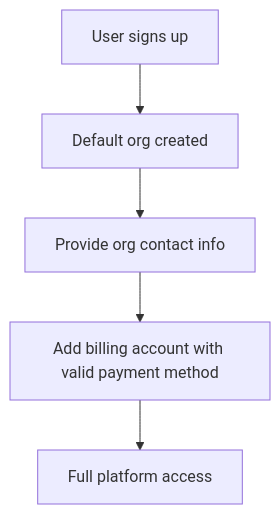
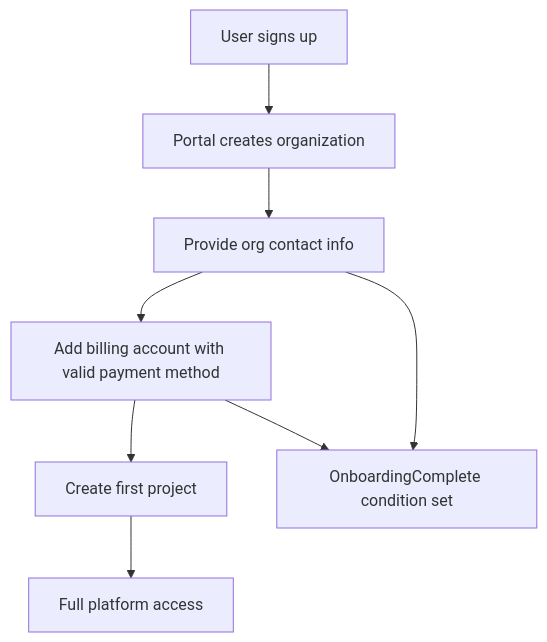
One commit to datum-cloud/enhancements changed the second of 2 diagrams in enhancements/platform/identity-and-access-management/unified-organizations/README.md. Above: the diagram before and after it, drawn with Mermaid. The commit also changed other lines of this file, not shown here.

First line of the commit message:
docs(iam): Align unified orgs doc with UI-driven onboarding

````diff
--- a/enhancements/platform/identity-and-access-management/unified-organizations/README.md
+++ b/enhancements/platform/identity-and-access-management/unified-organizations/README.md
@@ -108,7 +106,10 @@
 ```mermaid
 flowchart TD
-  signup[User signs up] --> defaultOrg[Default org created]
-  defaultOrg --> contact[Provide org contact info]
+  signup[User signs up] --> createOrg[Portal creates organization]
+  createOrg --> contact[Provide org contact info]
   contact --> billing[Add billing account with valid payment method]
-  billing --> access[Full platform access]
+  billing --> createProject[Create first project]
+  billing --> onboardingComplete[OnboardingComplete condition set]
+  contact --> onboardingComplete
+  createProject --> access[Full platform access]
 ```
````
